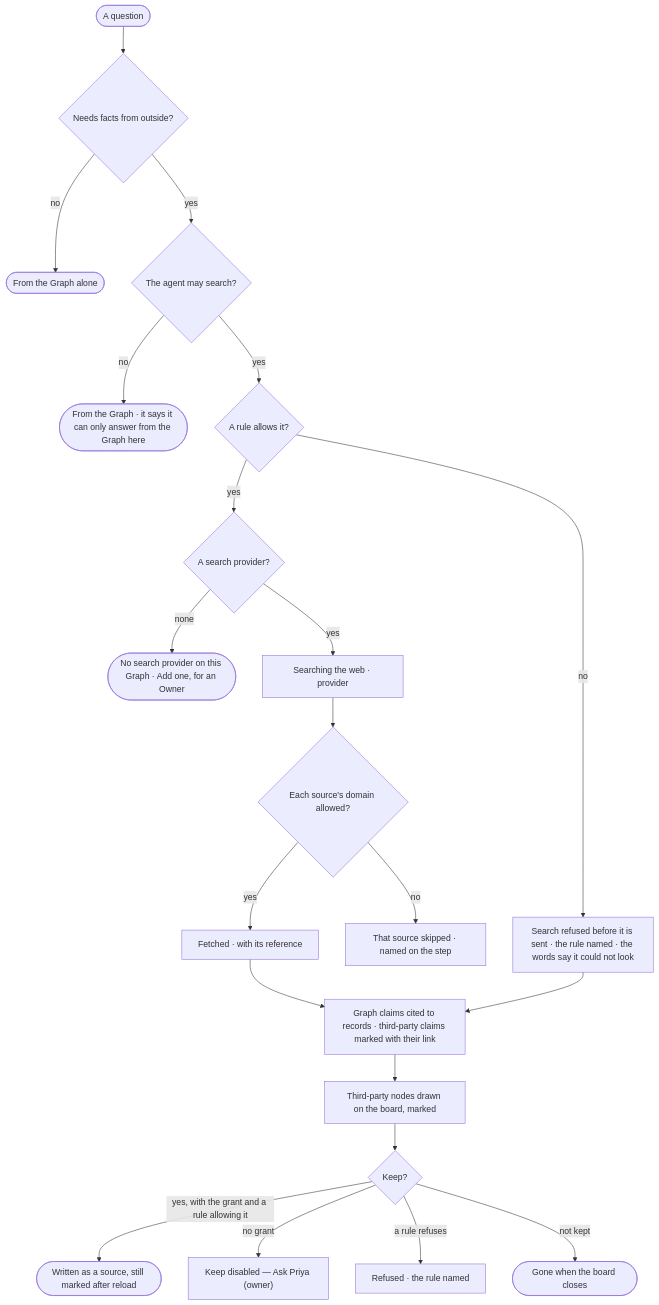
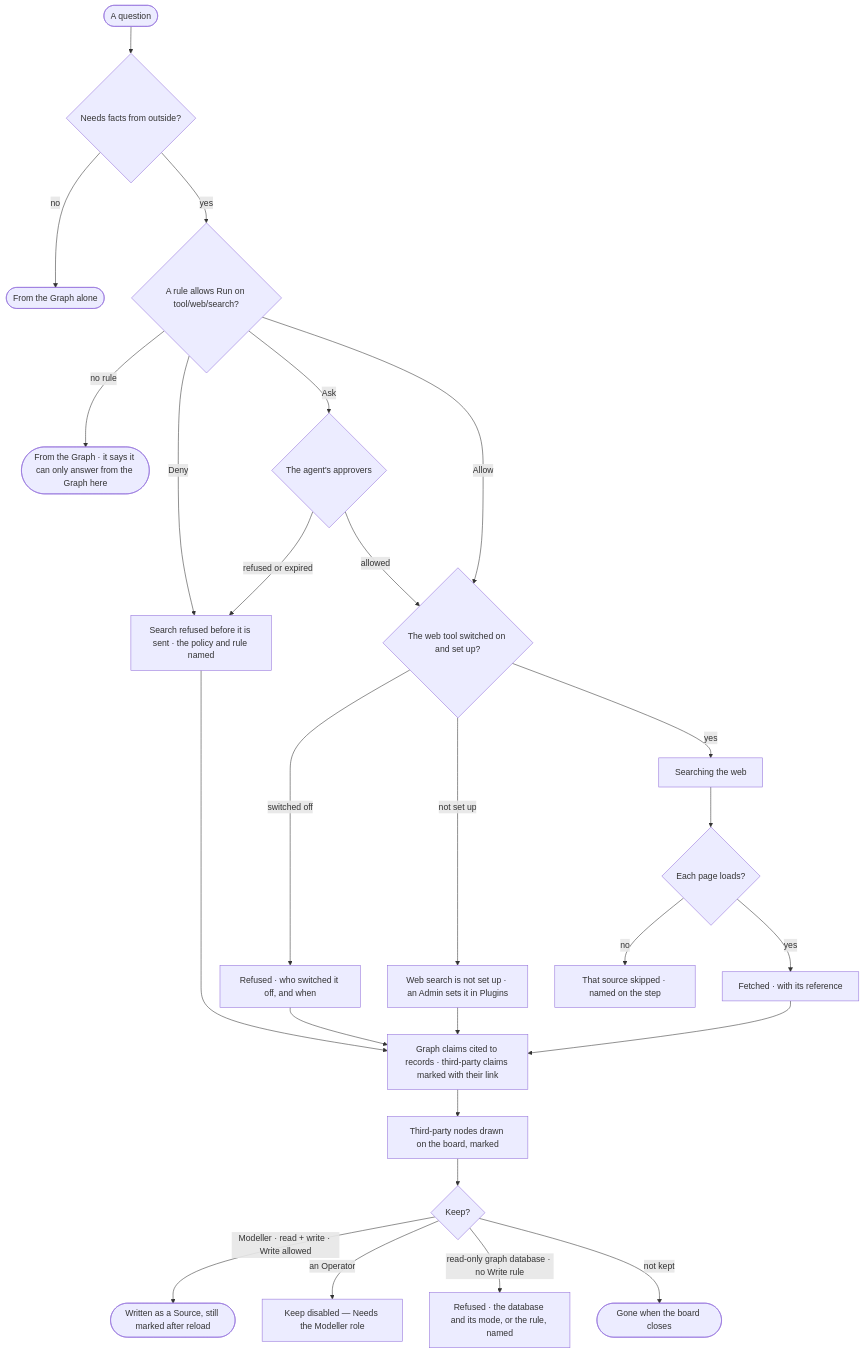
Before and after one commit to invana/invana: the diagram in specs/capabilities/explore/features/EX-F05-when-it-cannot-answer-and-how-it-reasons/stories/EX-26-facts-from-beyond-the-graph/story.md, drawn with Mermaid. The commit also changed other lines of this file and 522 other files, not shown here.

````diff
--- a/specs/capabilities/explore/features/EX-F05-when-it-cannot-answer-and-how-it-reasons/stories/EX-26-facts-from-beyond-the-graph/story.md
+++ b/specs/capabilities/explore/features/EX-F05-when-it-cannot-answer-and-how-it-reasons/stories/EX-26-facts-from-beyond-the-graph/story.md
@@ -27,23 +29,28 @@
 ```mermaid
 flowchart TD
   a([A question]) --> b{Needs facts from outside?}
   b -->|no| g([From the Graph alone])
-  b -->|yes| c{The agent may search?}
-  c -->|no| g2(["From the Graph · it says it can only answer from the Graph here"])
-  c -->|yes| d{A rule allows it?}
-  d -->|no| r["Search refused before it is sent · the rule named · the words say it could not look"]
-  d -->|yes| e{A search provider?}
-  e -->|none| np(["No search provider on this Graph · Add one, for an Owner"])
-  e -->|yes| s["Searching the web · provider"]
-  s --> f{Each source's domain allowed?}
+  b -->|yes| c{"A rule allows Run on tool/web/search?"}
+  c -->|no rule| g2(["From the Graph · it says it can only answer from the Graph here"])
+  c -->|Deny| r["Search refused before it is sent · the policy and rule named"]
+  c -->|Ask| ap{The agent's approvers}
+  ap -->|refused or expired| r
+  ap -->|allowed| on
+  c -->|Allow| on{The web tool switched on and set up?}
+  on -->|switched off| off["Refused · who switched it off, and when"]
+  on -->|not set up| ns["Web search is not set up · an Admin sets it in Plugins"]
+  on -->|yes| s["Searching the web"]
+  s --> f{Each page loads?}
   f -->|no| sk["That source skipped · named on the step"]
   f -->|yes| h["Fetched · with its reference"]
   h --> ans["Graph claims cited to records · third-party claims marked with their link"]
   r --> ans
+  off --> ans
+  ns --> ans
   ans --> n["Third-party nodes drawn on the board, marked"]
   n --> k{Keep?}
-  k -->|yes, with the grant and a rule allowing it| kp(["Written as a source, still marked after reload"])
-  k -->|no grant| na["Keep disabled — Ask Priya (owner)"]
-  k -->|a rule refuses| kr["Refused · the rule named"]
+  k -->|Modeller · read + write · Write allowed| kp(["Written as a Source, still marked after reload"])
+  k -->|an Operator| na["Keep disabled — Needs the Modeller role"]
+  k -->|read-only graph database · no Write rule| kr["Refused · the database and its mode, or the rule, named"]
   k -->|not kept| gone([Gone when the board closes])
 ```
````
